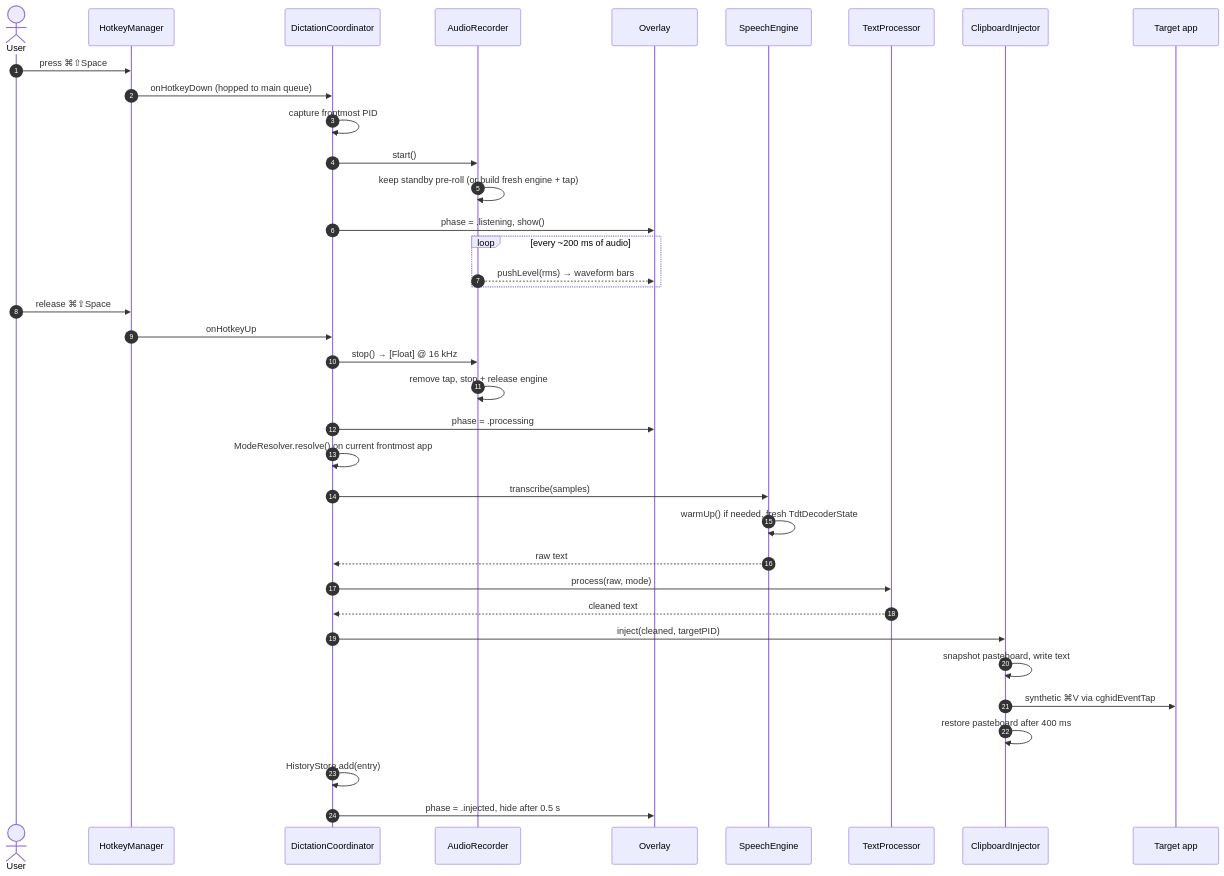
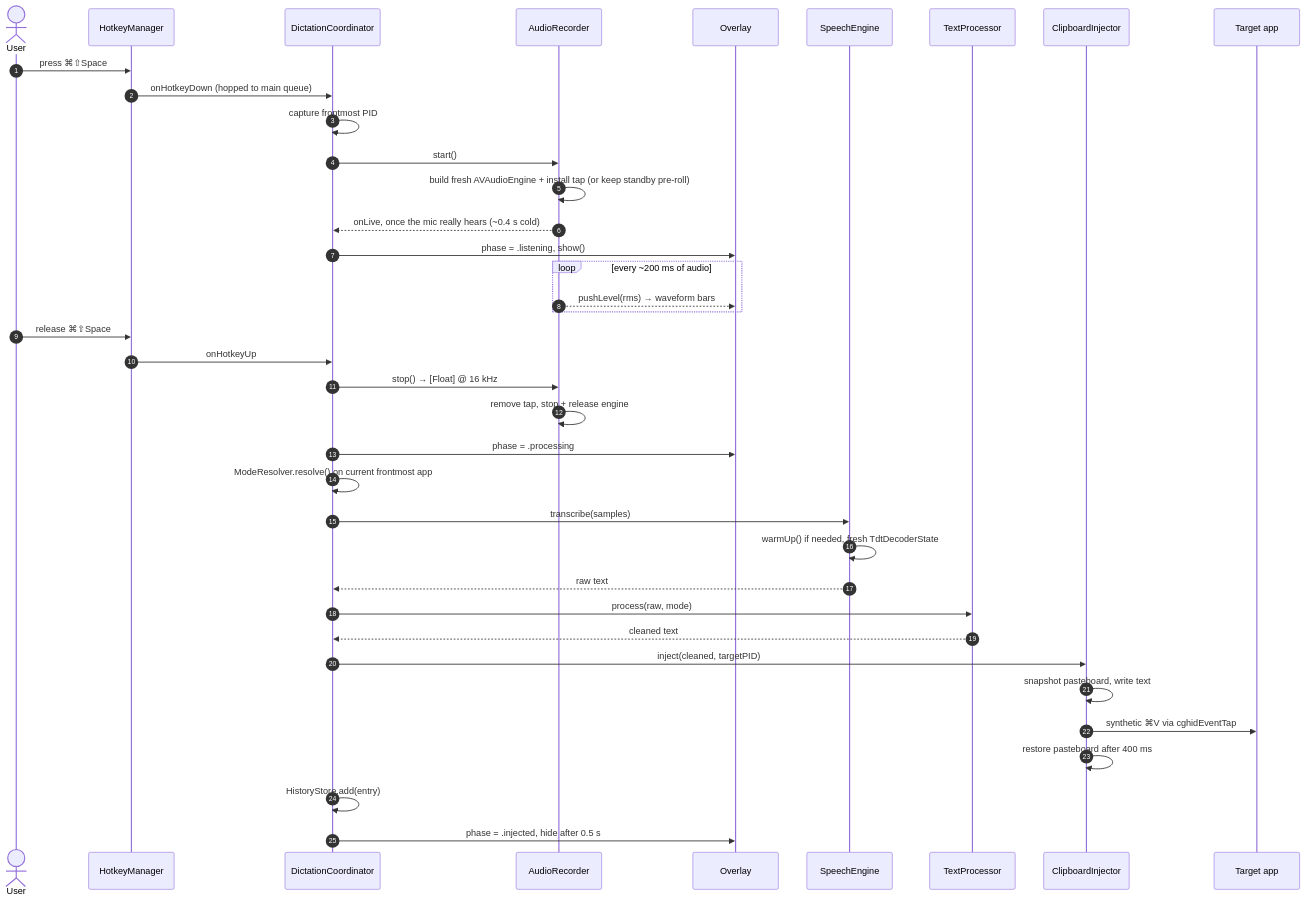
The second of 11 diagrams in docs/ARCHITECTURE.md (sanonrickny/KyroVoice), drawn with Mermaid before and after one commit. The commit also changed other lines of this file and 8 other files, not shown here.

````diff
--- a/docs/ARCHITECTURE.md
+++ b/docs/ARCHITECTURE.md
@@ -94,42 +94,43 @@
 ```mermaid
 sequenceDiagram
     autonumber
     actor User
     participant HK as HotkeyManager
     participant DC as DictationCoordinator
     participant AR as AudioRecorder
     participant OV as Overlay
     participant SE as SpeechEngine
     participant TP as TextProcessor
     participant CI as ClipboardInjector
     participant App as Target app
 
     User->>HK: press ⌘⇧Space
     HK->>DC: onHotkeyDown (hopped to main queue)
     DC->>DC: capture frontmost PID
     DC->>AR: start()
-    AR->>AR: keep standby pre-roll (or build fresh engine + tap)
+    AR->>AR: build fresh AVAudioEngine + install tap (or keep standby pre-roll)
+    AR-->>DC: onLive, once the mic really hears (~0.4 s cold)
     DC->>OV: phase = .listening, show()
     loop every ~200 ms of audio
         AR-->>OV: pushLevel(rms) → waveform bars
     end
 
     User->>HK: release ⌘⇧Space
     HK->>DC: onHotkeyUp
     DC->>AR: stop() → [Float] @ 16 kHz
     AR->>AR: remove tap, stop + release engine
     DC->>OV: phase = .processing
     DC->>DC: ModeResolver.resolve() on current frontmost app
 
     DC->>SE: transcribe(samples)
     SE->>SE: warmUp() if needed, fresh TdtDecoderState
     SE-->>DC: raw text
     DC->>TP: process(raw, mode)
     TP-->>DC: cleaned text
     DC->>CI: inject(cleaned, targetPID)
     CI->>CI: snapshot pasteboard, write text
     CI->>App: synthetic ⌘V via cghidEventTap
     CI->>CI: restore pasteboard after 400 ms
     DC->>DC: HistoryStore.add(entry)
     DC->>OV: phase = .injected, hide after 0.5 s
 ```
````
